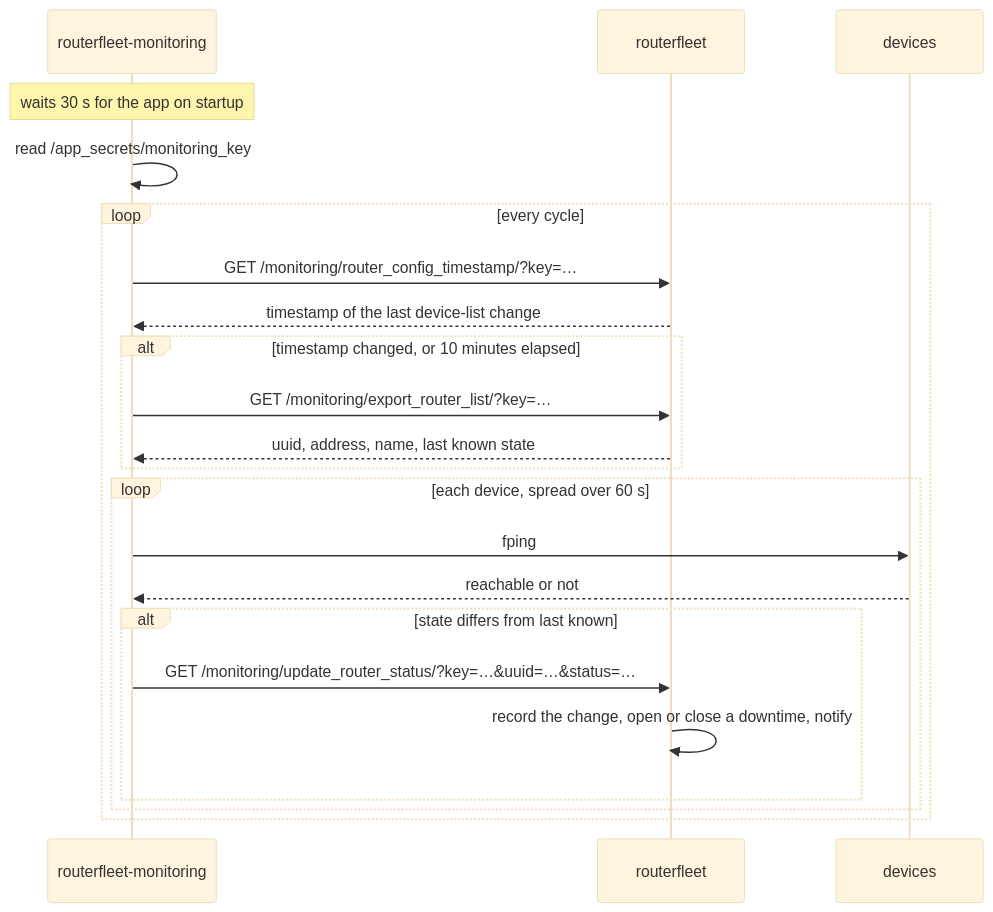
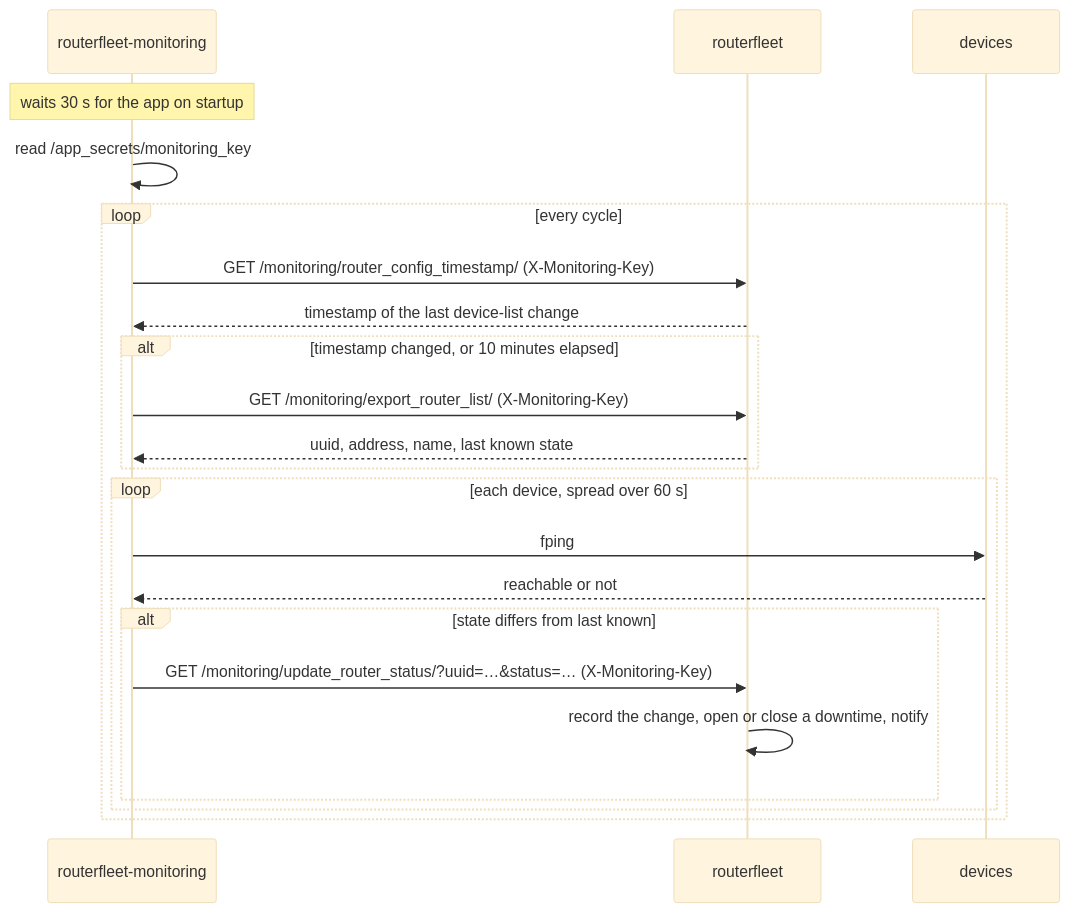
One commit to alessiobravi/routerfleet_improved changed the diagram in docs/monitoring.md. Above: the diagram before and after it, drawn with Mermaid (base theme). The commit also changed other lines of this file and 16 other files, not shown here.

````diff
--- a/docs/monitoring.md
+++ b/docs/monitoring.md
@@ -6,25 +6,25 @@
 ```mermaid
 sequenceDiagram
     participant Mon as routerfleet-monitoring
     participant App as routerfleet
     participant Dev as devices
 
     Note over Mon: waits 30 s for the app on startup
     Mon->>Mon: read /app_secrets/monitoring_key
     loop every cycle
-        Mon->>App: GET /monitoring/router_config_timestamp/?key=…
+        Mon->>App: GET /monitoring/router_config_timestamp/ (X-Monitoring-Key)
         App-->>Mon: timestamp of the last device-list change
         alt timestamp changed, or 10 minutes elapsed
-            Mon->>App: GET /monitoring/export_router_list/?key=…
+            Mon->>App: GET /monitoring/export_router_list/ (X-Monitoring-Key)
             App-->>Mon: uuid, address, name, last known state
         end
         loop each device, spread over 60 s
             Mon->>Dev: fping
             Dev-->>Mon: reachable or not
             alt state differs from last known
-                Mon->>App: GET /monitoring/update_router_status/?key=…&uuid=…&status=…
+                Mon->>App: GET /monitoring/update_router_status/?uuid=…&status=… (X-Monitoring-Key)
                 App->>App: record the change, open or close a downtime, notify
             end
         end
     end
 ```
````
